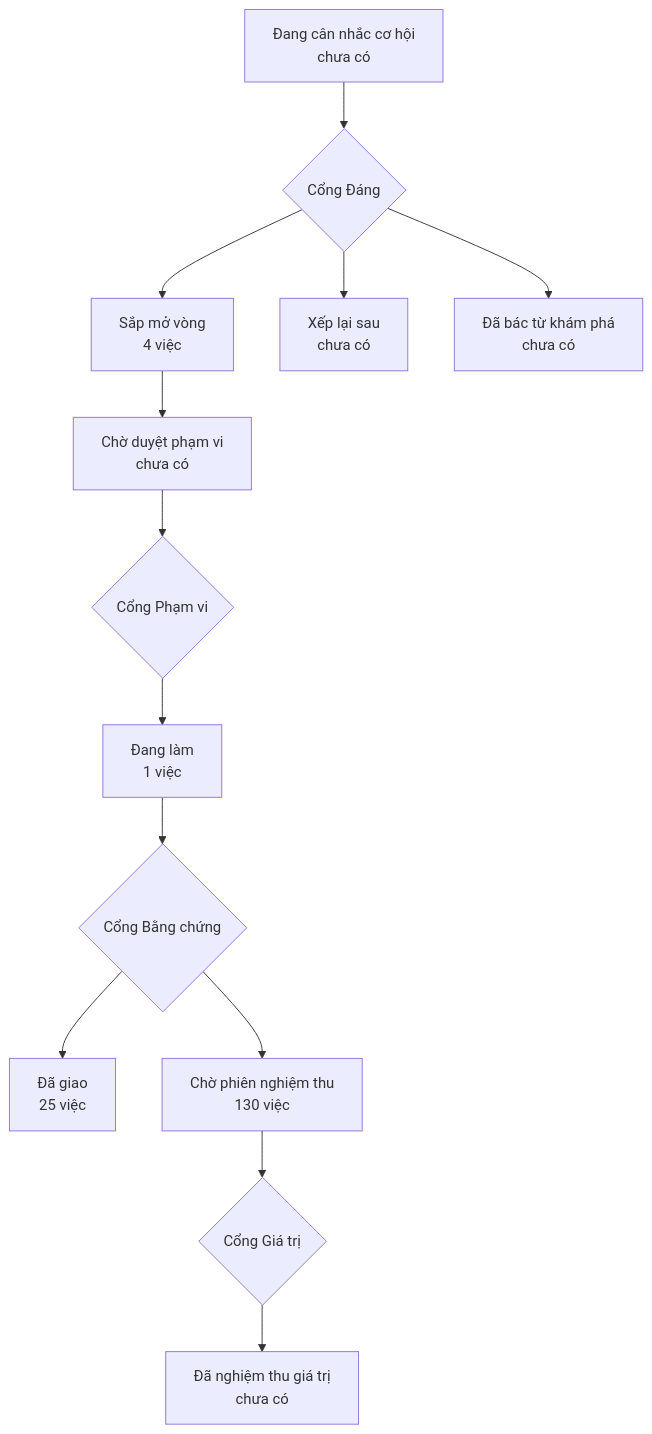
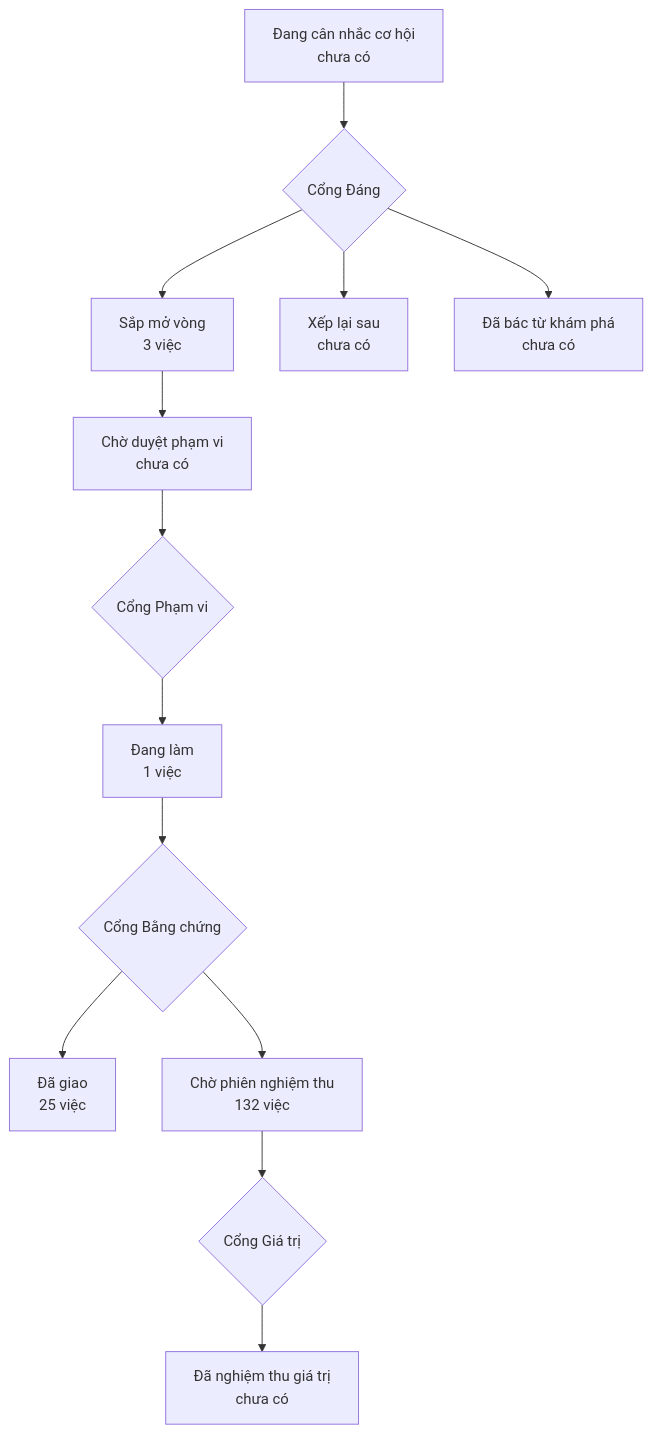
One commit to phanlemanh/onehub-quy-hang changed the diagram in PRODUCT-MAP.md. Above: the diagram before and after it, drawn with Mermaid. The commit also changed other lines of this file and 2 other files, not shown here.

Commit message:
chore(acceptance): hoàn tất thi công va-ci-secrets-quet-dung-lich-su

````diff
--- a/PRODUCT-MAP.md
+++ b/PRODUCT-MAP.md
@@ -7,12 +7,12 @@
 ```mermaid
 flowchart TD
   A["Đang cân nhắc cơ hội<br/>chưa có"] --> GD{"Cổng Đáng"}
-  GD --> B["Sắp mở vòng<br/>4 việc"]
+  GD --> B["Sắp mở vòng<br/>3 việc"]
   GD --> XL["Xếp lại sau<br/>chưa có"]
   GD --> DB["Đã bác từ khám phá<br/>chưa có"]
   B --> CD["Chờ duyệt phạm vi<br/>chưa có"] --> GP{"Cổng Phạm vi"}
   GP --> DL["Đang làm<br/>1 việc"] --> GB{"Cổng Bằng chứng"}
   GB --> DG["Đã giao<br/>25 việc"]
-  GB --> CN["Chờ phiên nghiệm thu<br/>130 việc"] --> GG{"Cổng Giá trị"}
+  GB --> CN["Chờ phiên nghiệm thu<br/>132 việc"] --> GG{"Cổng Giá trị"}
   GG --> NT["Đã nghiệm thu giá trị<br/>chưa có"]
 ```
````
